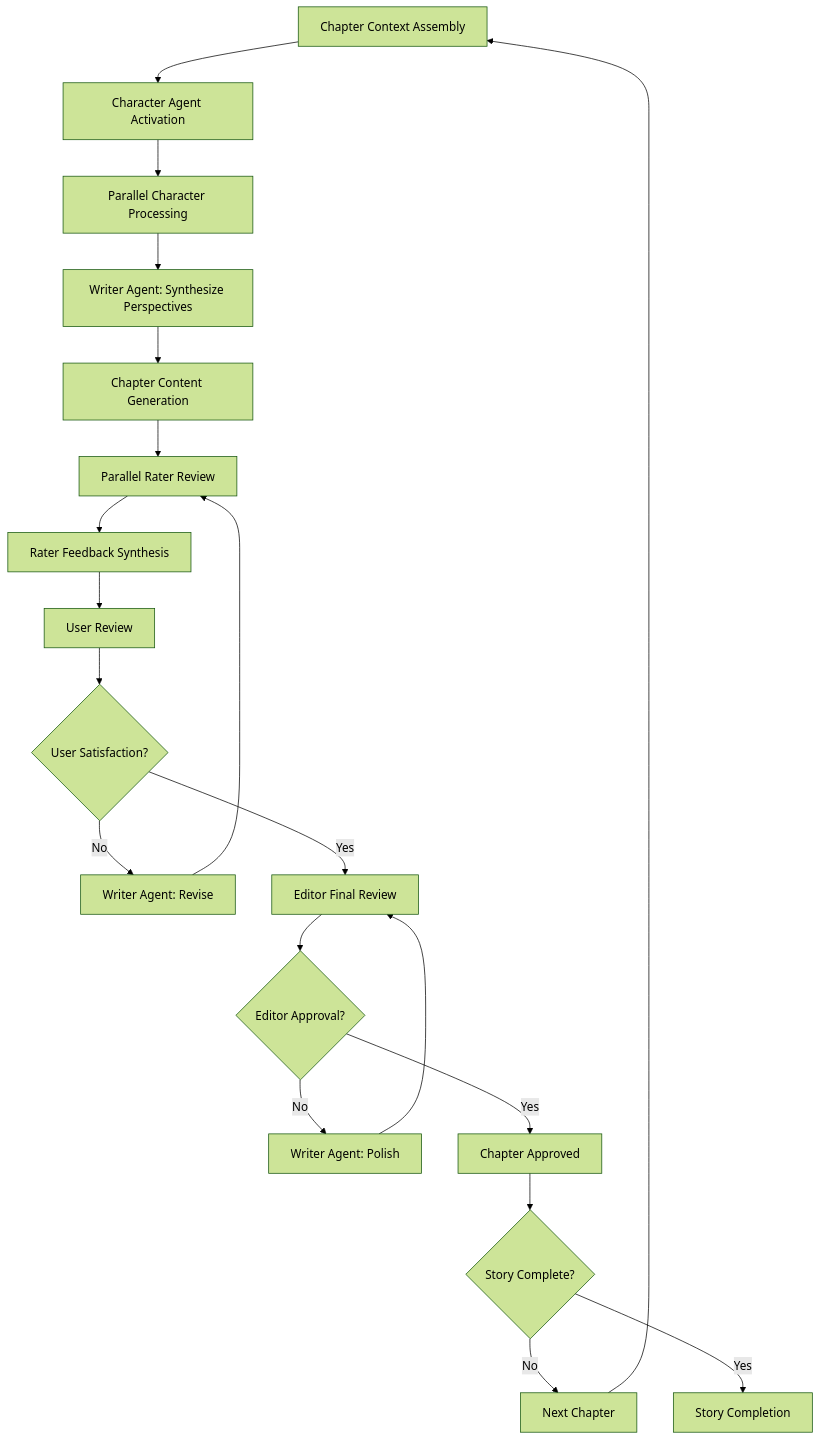
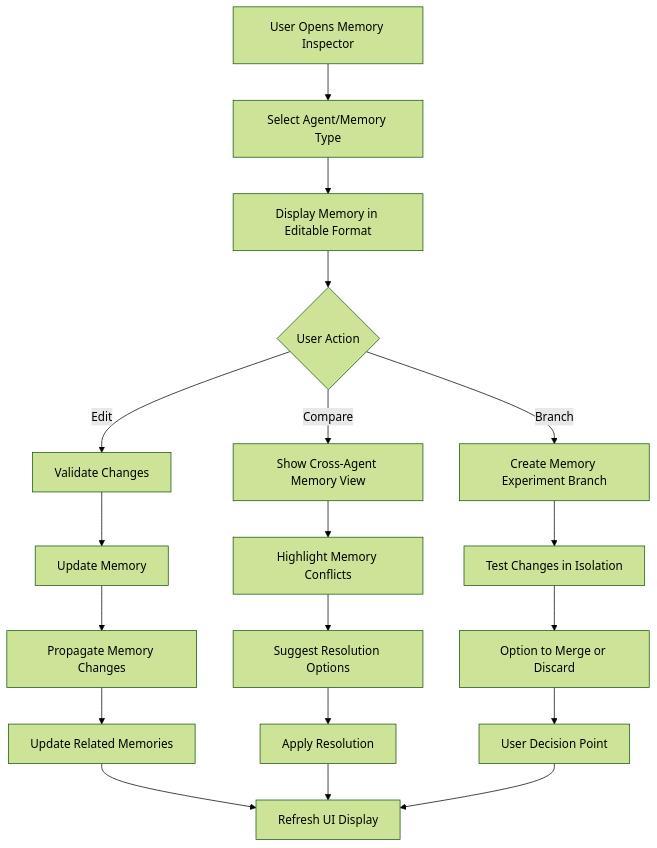
The third of 5 diagrams in requirements/workflow_requirements.md (broken-rotor/writer_assistant), drawn with Mermaid (forest theme) before and after one commit. The commit also changed other lines of this file and 138 other files, not shown here.

````diff
--- a/requirements/workflow_requirements.md
+++ b/requirements/workflow_requirements.md
@@ -162,22 +588,21 @@
 ```mermaid
 graph TD
-    A[Chapter Context Assembly] --> B[Character Agent Activation]
-    B --> C[Parallel Character Processing]
-    C --> D[Writer Agent: Synthesize Perspectives]
-    D --> E[Chapter Content Generation]
-    E --> F[Parallel Rater Review]
-    F --> G[Rater Feedback Synthesis]
-    G --> H[User Review]
-    H --> I{User Satisfaction?}
-    I -->|No| J[Writer Agent: Revise]
-    J --> F
-    I -->|Yes| K[Editor Final Review]
-    K --> L{Editor Approval?}
-    L -->|No| M[Writer Agent: Polish]
-    M --> K
-    L -->|Yes| N[Chapter Approved]
-    N --> O{Story Complete?}
-    O -->|No| P[Next Chapter]
-    P --> A
-    O -->|Yes| Q[Story Completion]
+    A[User Opens Memory Inspector] --> B[Select Agent/Memory Type]
+    B --> C[Display Memory in Editable Format]
+    C --> D{User Action}
+    D -->|Edit| E[Validate Changes]
+    D -->|Compare| F[Show Cross-Agent Memory View]
+    D -->|Branch| G[Create Memory Experiment Branch]
+    E --> H[Update Memory]
+    F --> I[Highlight Memory Conflicts]
+    G --> J[Test Changes in Isolation]
+    H --> K[Propagate Memory Changes]
+    I --> L[Suggest Resolution Options]
+    J --> M[Option to Merge or Discard]
+    K --> N[Update Related Memories]
+    L --> O[Apply Resolution]
+    M --> P[User Decision Point]
+    N --> Q[Refresh UI Display]
+    O --> Q
+    P --> Q
 ```
````
